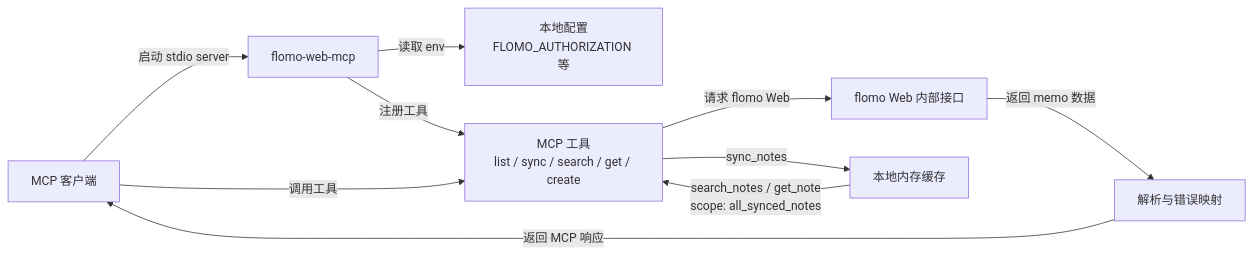
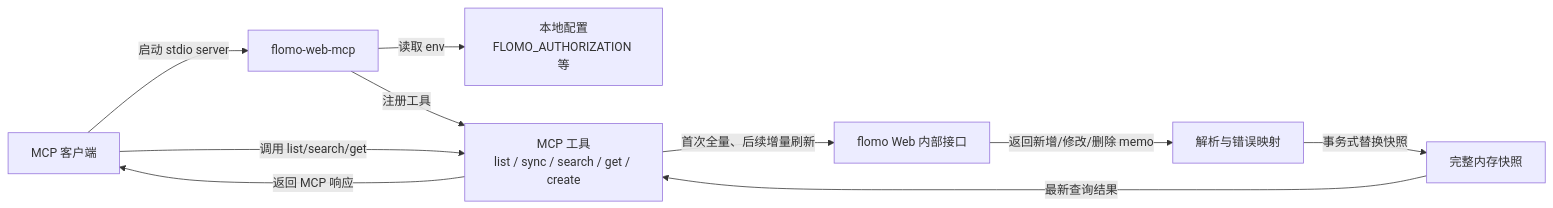
Before and after one commit to ExoticSkywing/flomo-web-mcp: the diagram in README.md, drawn with Mermaid. The commit also changed other lines of this file and 10 other files, not shown here.

````diff
--- a/README.md
+++ b/README.md
@@ -28,12 +30,12 @@
 ```mermaid
 flowchart LR
   Host["MCP 客户端"] -->|启动 stdio server| Server["flomo-web-mcp"]
   Server -->|读取 env| Config["本地配置<br/>FLOMO_AUTHORIZATION 等"]
   Server -->|注册工具| Tools["MCP 工具<br/>list / sync / search / get / create"]
-  Host -->|调用工具| Tools
-  Tools -->|请求 flomo Web| Flomo["flomo Web 内部接口"]
-  Flomo -->|返回 memo 数据| Parser["解析与错误映射"]
-  Parser -->|返回 MCP 响应| Host
-  Tools -->|sync_notes| Cache["本地内存缓存"]
-  Cache -->|search_notes / get_note<br/>scope: all_synced_notes| Tools
+  Host -->|调用 list/search/get| Tools
+  Tools -->|首次全量、后续增量刷新| Flomo["flomo Web 内部接口"]
+  Flomo -->|返回新增/修改/删除 memo| Parser["解析与错误映射"]
+  Parser -->|事务式替换快照| Cache["完整内存快照"]
+  Cache -->|最新查询结果| Tools
+  Tools -->|返回 MCP 响应| Host
 ```
````
